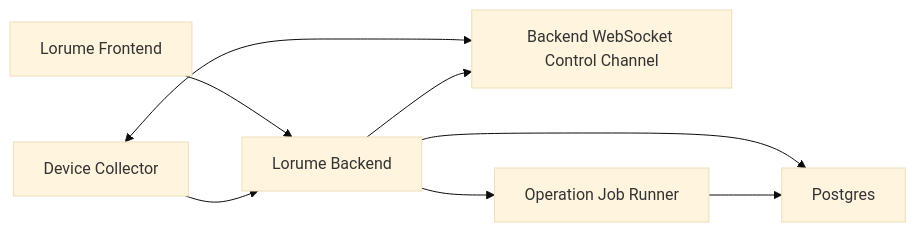
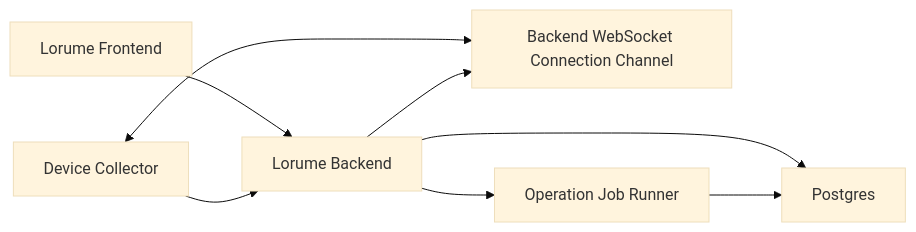
The diagram in docs/product/backend-service-spec.md (gezilinll/lorume), drawn with Mermaid (base theme) before and after one commit. The commit also changed other lines of this file and 31 other files, not shown here.

````diff
--- a/docs/product/backend-service-spec.md
+++ b/docs/product/backend-service-spec.md
@@ -40,10 +40,10 @@
 ```mermaid
 flowchart LR
   UI["Lorume Frontend"] --> API["Lorume Backend"]
   Collector["Device Collector"] --> API
-  Collector <--> Control["Backend WebSocket Control Channel"]
+  Collector <--> Control["Backend WebSocket Connection Channel"]
   API --> DB["Postgres"]
   API --> Control
   API --> Runner["Operation Job Runner"]
   Runner --> DB
 ```
````
